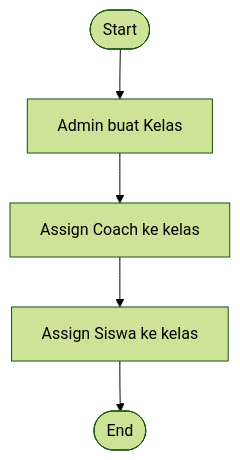
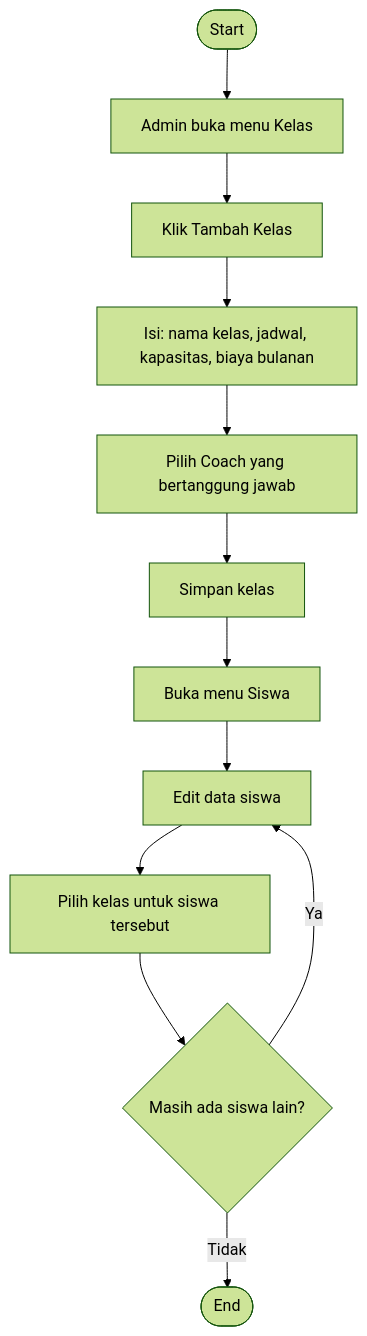
One commit to Hendrasetyawan1945/sistem-manajemen-kolam changed the third of 11 diagrams in docs/alur-sistem.md. Above: the diagram before and after it, drawn with Mermaid (forest theme). The commit also changed other lines of this file and 1 other file, not shown here.

````diff
--- a/docs/alur-sistem.md
+++ b/docs/alur-sistem.md
@@ -24,7 +91,14 @@
 ```mermaid
 flowchart TD
-    A([Start]) --> B[Admin buat Kelas]
-    B --> C[Assign Coach ke kelas]
-    C --> D[Assign Siswa ke kelas]
-    D --> E([End])
+    A([Start]) --> B[Admin buka menu Kelas]
+    B --> C[Klik Tambah Kelas]
+    C --> D[Isi: nama kelas, jadwal, kapasitas, biaya bulanan]
+    D --> E[Pilih Coach yang bertanggung jawab]
+    E --> F[Simpan kelas]
+    F --> G[Buka menu Siswa]
+    G --> H[Edit data siswa]
+    H --> I[Pilih kelas untuk siswa tersebut]
+    I --> J{Masih ada siswa lain?}
+    J -->|Ya| H
+    J -->|Tidak| K([End])
 ```
````
